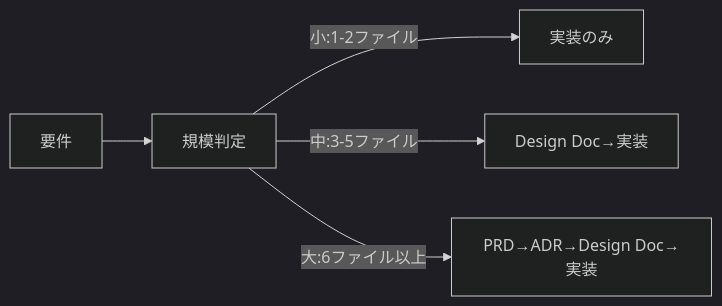
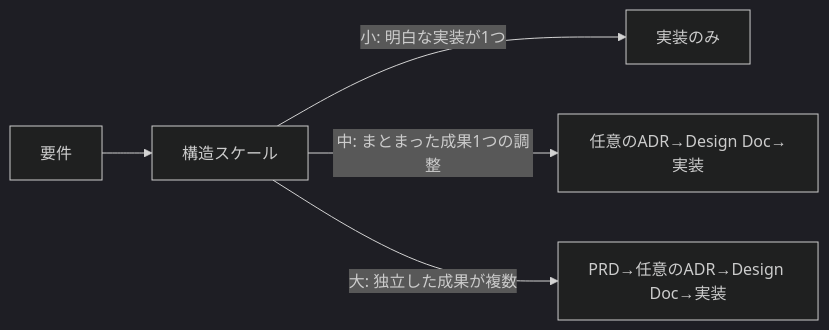
One commit to shinpr/ai-coding-project-boilerplate changed the first of 2 diagrams in docs/guides/ja/use-cases.md. Above: the diagram before and after it, drawn with Mermaid (dark theme). The commit also changed other lines of this file and 63 other files, not shown here.

````diff
--- a/docs/guides/ja/use-cases.md
+++ b/docs/guides/ja/use-cases.md
@@ -17,7 +17,7 @@
 ```mermaid
 graph LR
-    A[要件] --> B[規模判定]
-    B -->|小:1-2ファイル| C[実装のみ]
-    B -->|中:3-5ファイル| D[Design Doc→実装]
-    B -->|大:6ファイル以上| E[PRD→ADR→Design Doc→実装]
+    A[要件] --> B[構造スケール]
+    B -->|小: 明白な実装が1つ| C[実装のみ]
+    B -->|中: まとまった成果1つの調整| D[任意のADR→Design Doc→実装]
+    B -->|大: 独立した成果が複数| E[PRD→任意のADR→Design Doc→実装]
 ```
````
